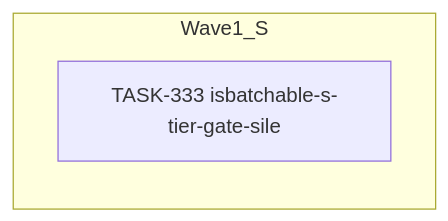
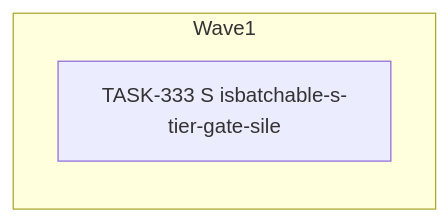
Before and after one commit to falkcorp/audiobook-organizer: the diagram in docs/agent-tasks/todo-completion-2026-09/activity/orchestration.md, drawn with Mermaid. The commit also changed other lines of this file and 270 other files, not shown here.

````diff
--- a/docs/agent-tasks/todo-completion-2026-09/activity/orchestration.md
+++ b/docs/agent-tasks/todo-completion-2026-09/activity/orchestration.md
@@ -10,6 +10,6 @@
 ```mermaid
 flowchart LR
-    subgraph Wave1_S
-      TASK333[TASK-333 isbatchable-s-tier-gate-sile]
+    subgraph Wave1
+      TASK333[TASK-333 S isbatchable-s-tier-gate-sile]
     end
 ```
````
